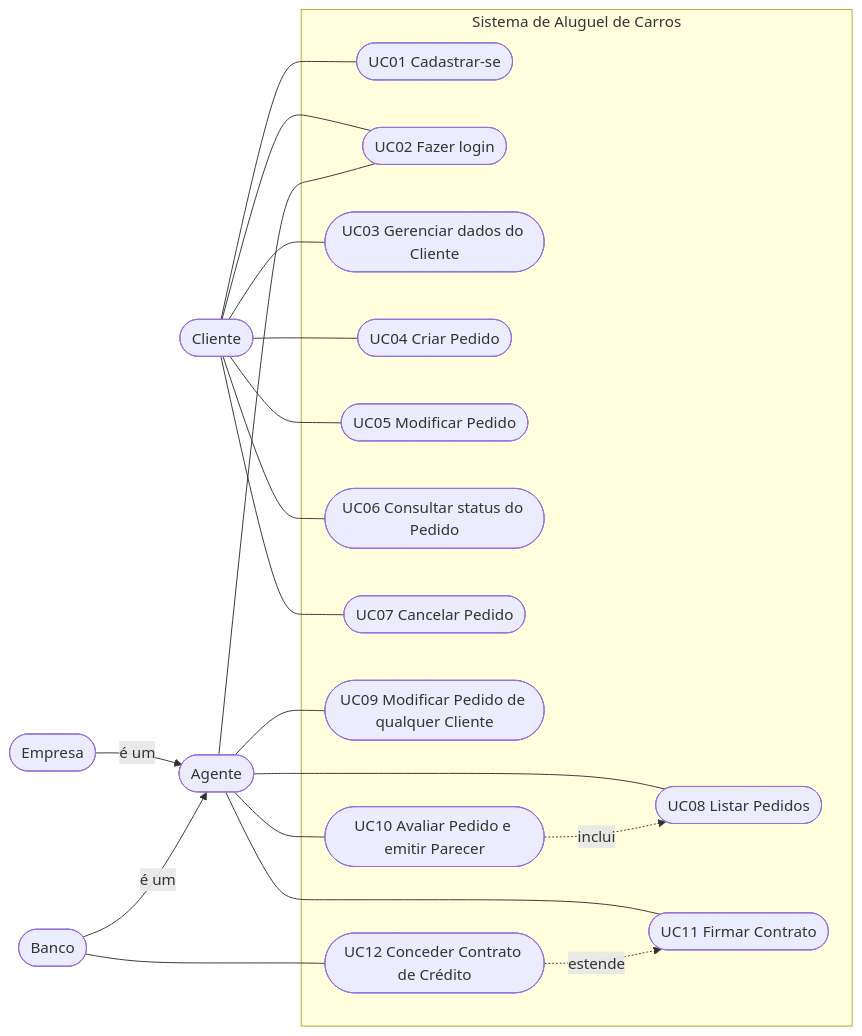
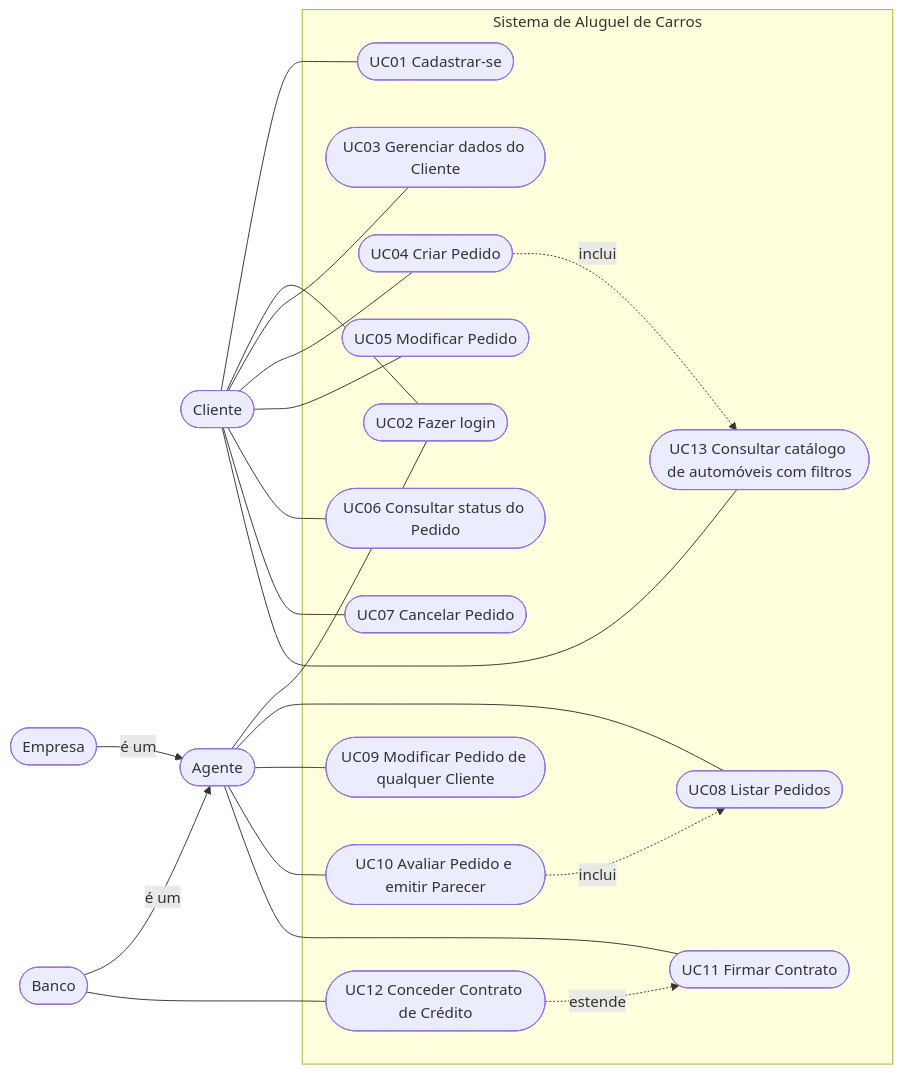
One commit to Arthur-Bicalho/DIW-Lab2 changed the diagram in docs/diagramas/casos-de-uso.md. Above: the diagram before and after it, drawn with Mermaid. The commit also changed 7 other files, not shown here.

Commit message:
docs(uml): documenta o catálogo, a classificação dos automóveis e o ADR 0011

````diff
--- a/docs/diagramas/casos-de-uso.md
+++ b/docs/diagramas/casos-de-uso.md
@@ -5,40 +5,43 @@
 ```mermaid
 flowchart LR
     Cliente([Cliente])
     Agente([Agente])
     Empresa([Empresa])
     Banco([Banco])
     Empresa -- é um --> Agente
     Banco -- é um --> Agente
 
     subgraph Sistema[Sistema de Aluguel de Carros]
         UC01([UC01 Cadastrar-se])
         UC02([UC02 Fazer login])
         UC03([UC03 Gerenciar dados do Cliente])
         UC04([UC04 Criar Pedido])
         UC05([UC05 Modificar Pedido])
         UC06([UC06 Consultar status do Pedido])
         UC07([UC07 Cancelar Pedido])
         UC08([UC08 Listar Pedidos])
         UC09([UC09 Modificar Pedido de qualquer Cliente])
         UC10([UC10 Avaliar Pedido e emitir Parecer])
         UC11([UC11 Firmar Contrato])
         UC12([UC12 Conceder Contrato de Crédito])
+        UC13([UC13 Consultar catálogo de automóveis com filtros])
     end
 
     Cliente --- UC01
     Cliente --- UC02
     Cliente --- UC03
     Cliente --- UC04
     Cliente --- UC05
     Cliente --- UC06
     Cliente --- UC07
+    Cliente --- UC13
     Agente --- UC02
     Agente --- UC08
     Agente --- UC09
     Agente --- UC10
     Agente --- UC11
     Banco --- UC12
     UC10 -. inclui .-> UC08
     UC12 -. estende .-> UC11
+    UC04 -. inclui .-> UC13
 ```
````
